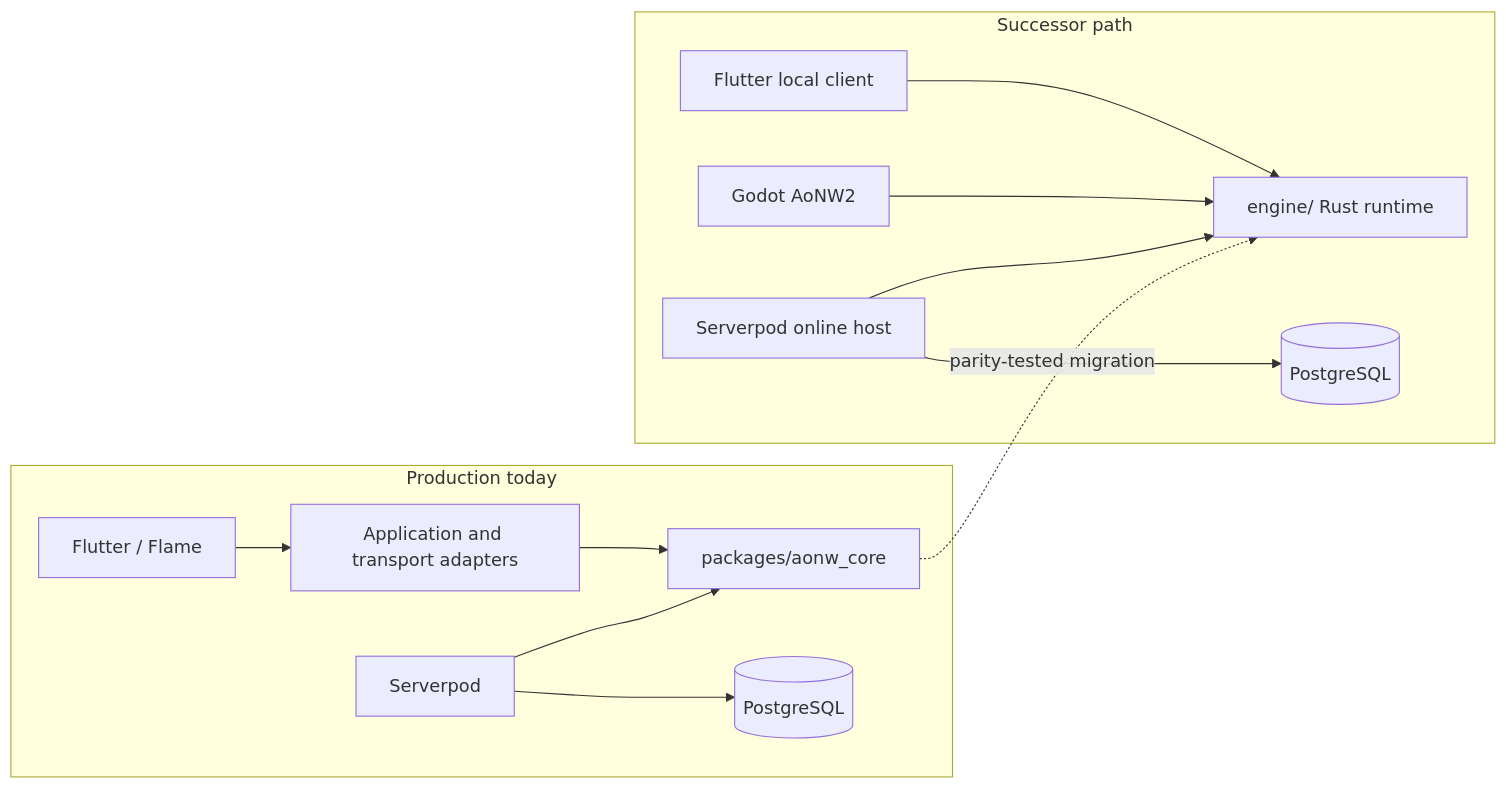
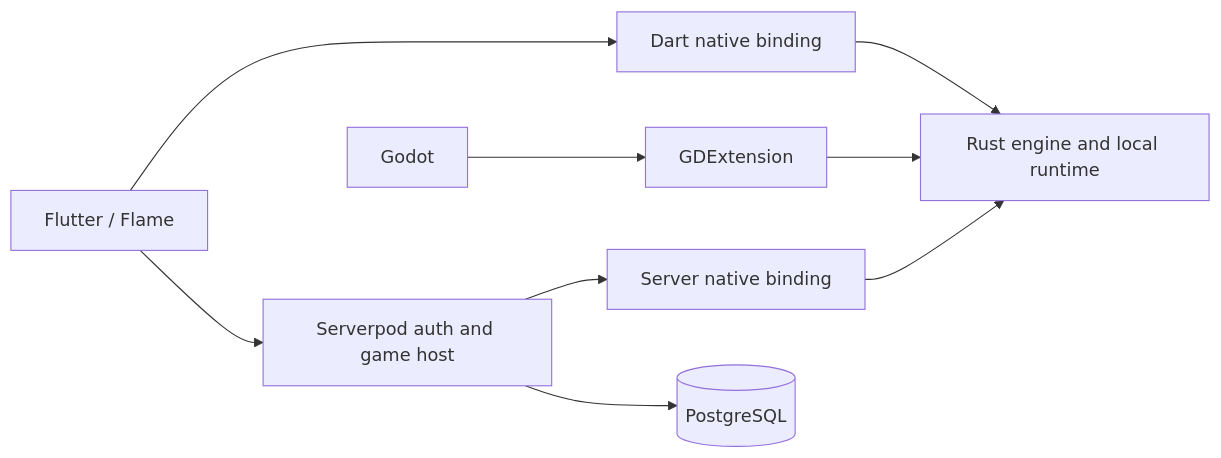
Before and after one commit to ernestwisniewski/aonw: the diagram in docs/README.md, drawn with Mermaid. The commit also changed other lines of this file and 4 other files, not shown here.

Commit message:
Document the canonical Rust game architecture

````diff
--- a/docs/README.md
+++ b/docs/README.md
@@ -21,18 +23,11 @@
 ```mermaid
 flowchart LR
-  subgraph Today["Production today"]
-    Flutter["Flutter / Flame"] --> ClientAdapters["Application and transport adapters"]
-    ClientAdapters --> DartCore["packages/aonw_core"]
-    Serverpod["Serverpod"] --> DartCore
-    Serverpod --> PostgreSQL[(PostgreSQL)]
-  end
-
-  subgraph Successor["Successor path"]
-    FlutterFuture["Flutter local client"] --> RustRuntime["engine/ Rust runtime"]
-    Godot["Godot AoNW2"] --> RustRuntime
-    ServerpodFuture["Serverpod online host"] --> RustRuntime
-    ServerpodFuture --> PostgreSQLFuture[(PostgreSQL)]
-  end
-
-  DartCore -. parity-tested migration .-> RustRuntime
+  Flutter["Flutter / Flame"] --> LocalBoundary["Dart native binding"]
+  Godot["Godot"] --> GodotBoundary["GDExtension"]
+  LocalBoundary --> Rust["Rust engine and local runtime"]
+  GodotBoundary --> Rust
+  Flutter --> Serverpod["Serverpod auth and game host"]
+  Serverpod --> ServerBoundary["Server native binding"]
+  ServerBoundary --> Rust
+  Serverpod --> PostgreSQL[(PostgreSQL)]
 ```
````
